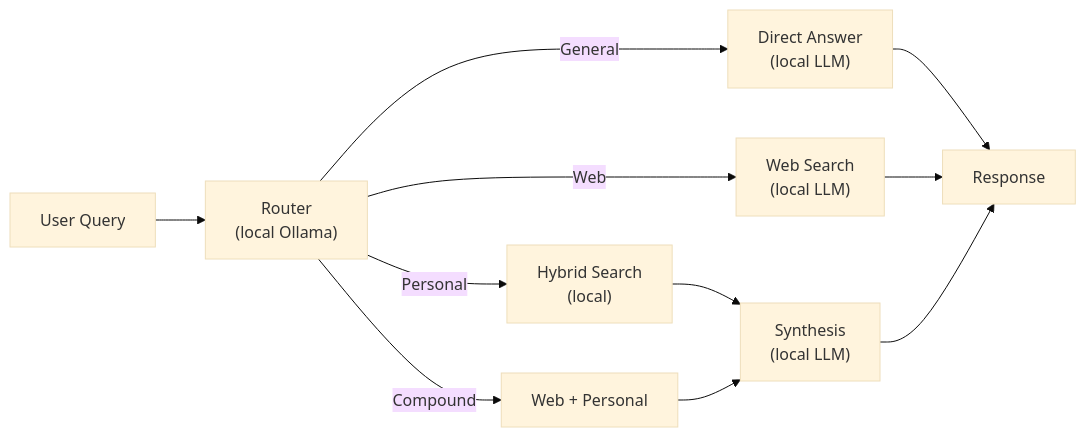
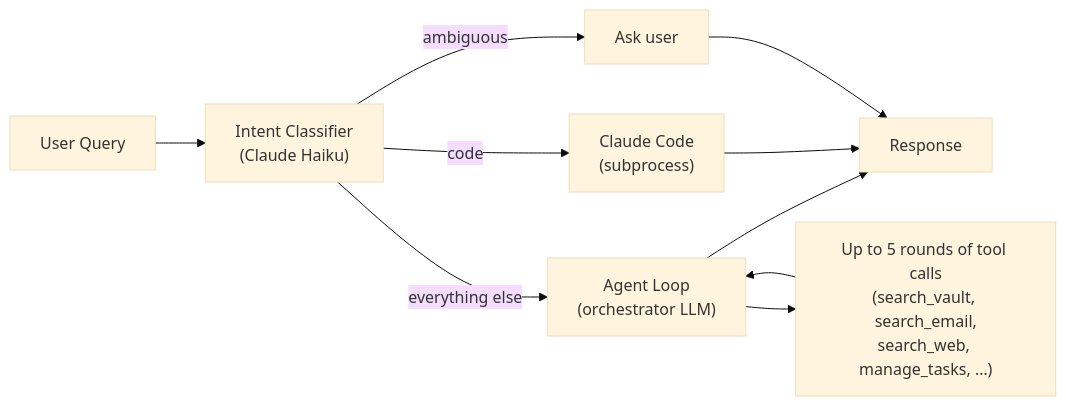
The first of 3 diagrams in README.md (nbramia/LifeOS), drawn with Mermaid (base theme) before and after one commit. The commit also changed other lines of this file and 8 other files, not shown here.

First line of the commit message:
docs: correct LLM routing, default backend, and tool count

````diff
--- a/README.md
+++ b/README.md
@@ -124,15 +116,14 @@
 ```mermaid
 flowchart LR
-    Q["User Query"] --> Router["Router\n(local Ollama)"]
+    Q["User Query"] --> Intent["Intent Classifier\n(Claude Haiku)"]
 
-    Router -->|"General"| Direct["Direct Answer\n(local LLM)"]
-    Router -->|"Web"| Web["Web Search\n(local LLM)"]
-    Router -->|"Personal"| Hybrid["Hybrid Search\n(local)"]
-    Router -->|"Compound"| Both["Web + Personal"]
+    Intent -->|"code"| Code["Claude Code\n(subprocess)"]
+    Intent -->|"ambiguous"| Clarify["Ask user"]
+    Intent -->|"everything else"| Agent["Agent Loop\n(orchestrator LLM)"]
 
-    Hybrid --> Syn["Synthesis\n(local LLM)"]
-    Both --> Syn
-    Direct --> Response["Response"]
-    Web --> Response
-    Syn --> Response
+    Agent --> Tools["Up to 5 rounds of tool calls\n(search_vault, search_email,\nsearch_web, manage_tasks, …)"]
+    Tools --> Agent
+    Agent --> Response["Response"]
+    Code --> Response
+    Clarify --> Response
 ```
````
